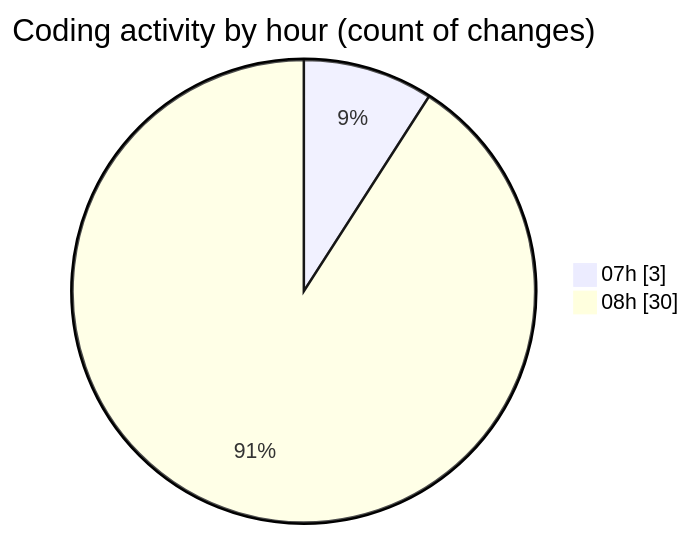
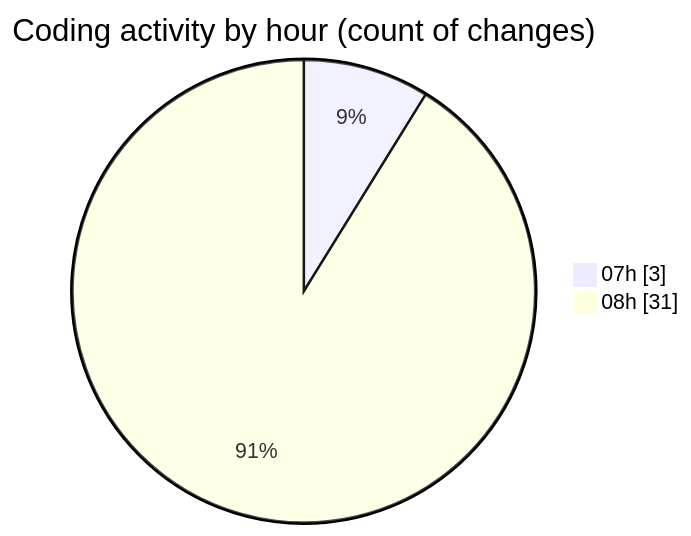
The second of 2 diagrams in 2025-07-10/toolsopenemalpass/README.md (lephambinh05/code-tracking), drawn with Mermaid before and after one commit. The commit also changed other lines of this file and 1 other file, not shown here.

````diff
--- a/2025-07-10/toolsopenemalpass/README.md
+++ b/2025-07-10/toolsopenemalpass/README.md
@@ -49,6 +49,6 @@
 ```mermaid
 pie showData
 title Coding activity by hour (count of changes)
 "07h" : 3
-"08h" : 30
+"08h" : 31
 ```
````
